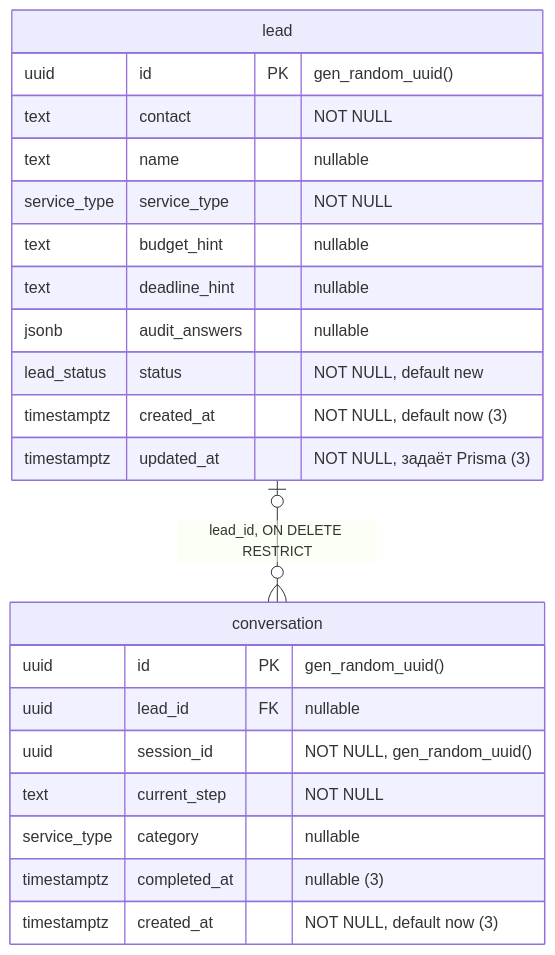
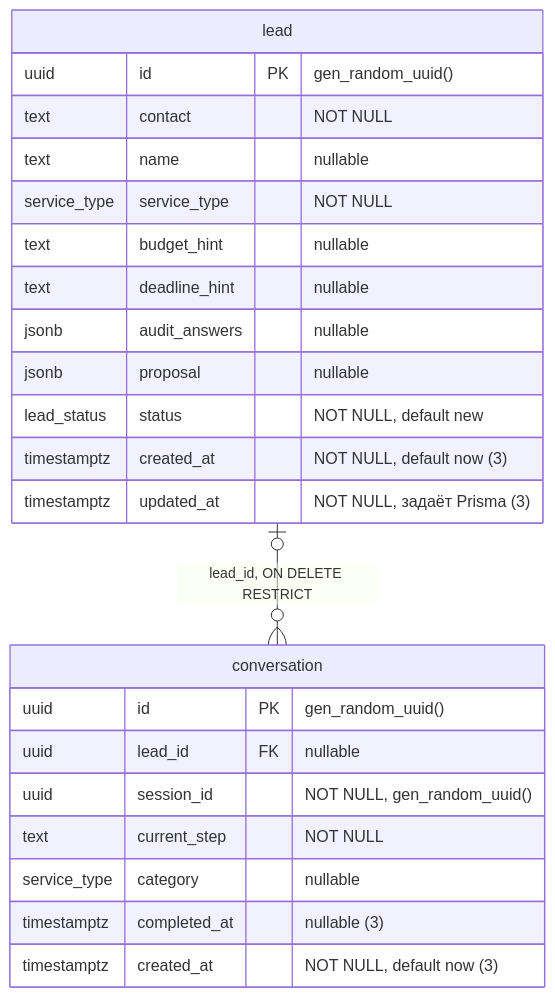
The first of 2 diagrams in docs/database.md (palmiralab/palmira-lab), drawn with Mermaid before and after one commit. The commit also changed other lines of this file and 2 other files, not shown here.

Commit message:
feat: поле lead.proposal (JSON) для КП в заявке

````diff
--- a/docs/database.md
+++ b/docs/database.md
@@ -12,26 +12,27 @@
 ```mermaid
 erDiagram
     lead |o--o{ conversation : "lead_id, ON DELETE RESTRICT"
 
     lead {
         uuid id PK "gen_random_uuid()"
         text contact "NOT NULL"
         text name "nullable"
         service_type service_type "NOT NULL"
         text budget_hint "nullable"
         text deadline_hint "nullable"
         jsonb audit_answers "nullable"
+        jsonb proposal "nullable"
         lead_status status "NOT NULL, default new"
         timestamptz created_at "NOT NULL, default now (3)"
         timestamptz updated_at "NOT NULL, задаёт Prisma (3)"
     }
     conversation {
         uuid id PK "gen_random_uuid()"
         uuid lead_id FK "nullable"
         uuid session_id "NOT NULL, gen_random_uuid()"
         text current_step "NOT NULL"
         service_type category "nullable"
         timestamptz completed_at "nullable (3)"
         timestamptz created_at "NOT NULL, default now (3)"
     }
 ```
````
